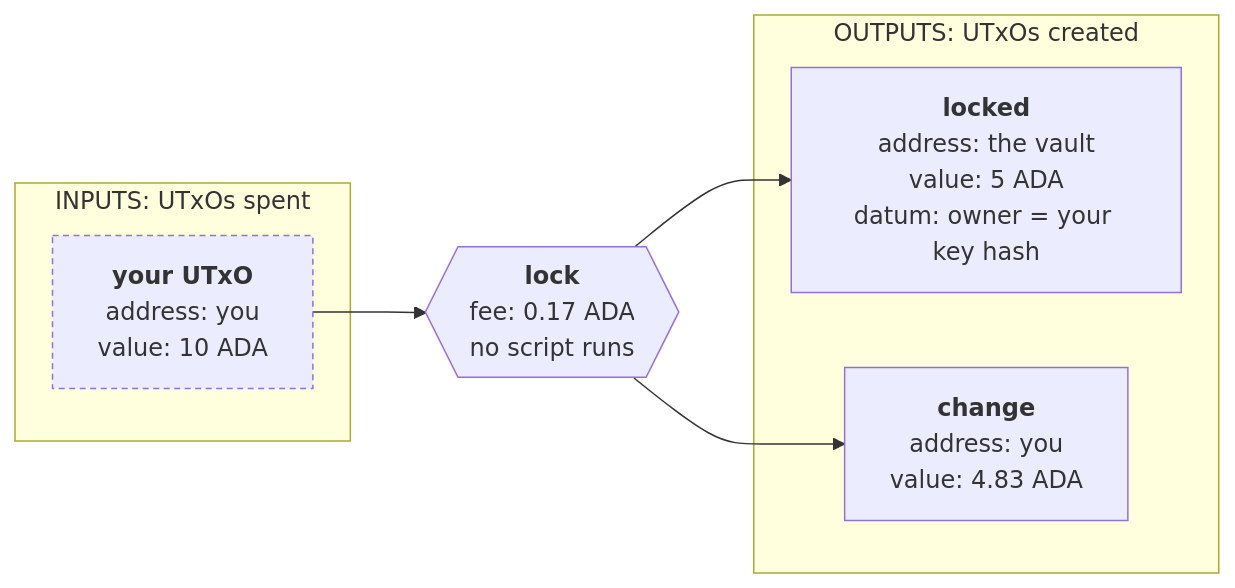
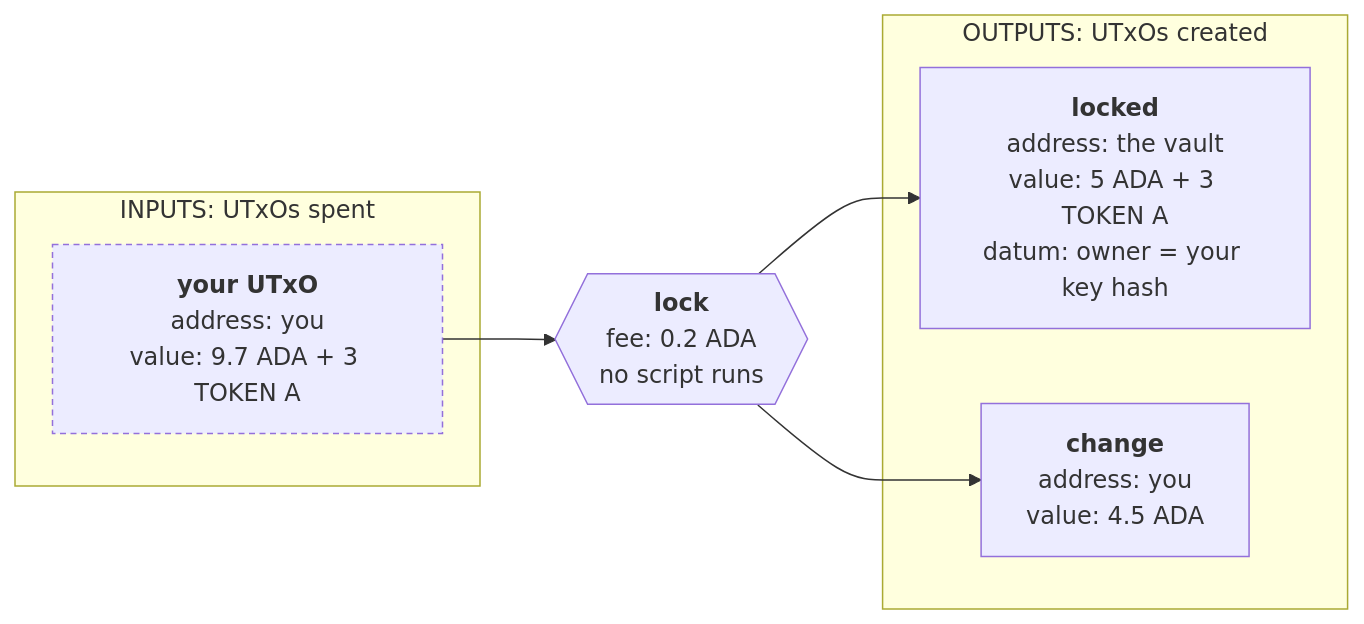
Before and after one commit to cardano-foundation/developer-portal: the third of 6 diagrams in docs/developers/onboarding/lectures/intermediate/9-frontend-integration.md, drawn with Mermaid. The commit also changed other lines of this file and 8 other files, not shown here.

Commit message:
Add mint and burn flows and move the app into off-chain/

````diff
--- a/docs/developers/onboarding/lectures/intermediate/9-frontend-integration.md
+++ b/docs/developers/onboarding/lectures/intermediate/9-frontend-integration.md
@@ -193,27 +242,27 @@
 ```mermaid
 flowchart LR
     subgraph IN["INPUTS: UTxOs spent"]
         I["`**your UTxO**
         address: you
-        value: 10 ADA`"]
+        value: 9.7 ADA + 3 TOKEN A`"]
     end
 
     TX{{"`**lock**
-    fee: 0.17 ADA
+    fee: 0.2 ADA
     no script runs`"}}
 
     subgraph OUT["OUTPUTS: UTxOs created"]
         O1["`**locked**
         address: the vault
-        value: 5 ADA
+        value: 5 ADA + 3 TOKEN A
         datum: owner = your key hash`"]
         O2["`**change**
         address: you
-        value: 4.83 ADA`"]
+        value: 4.5 ADA`"]
     end
 
     I --> TX --> O1
     TX --> O2
 
     style I stroke-dasharray:4 3
 ```
````
